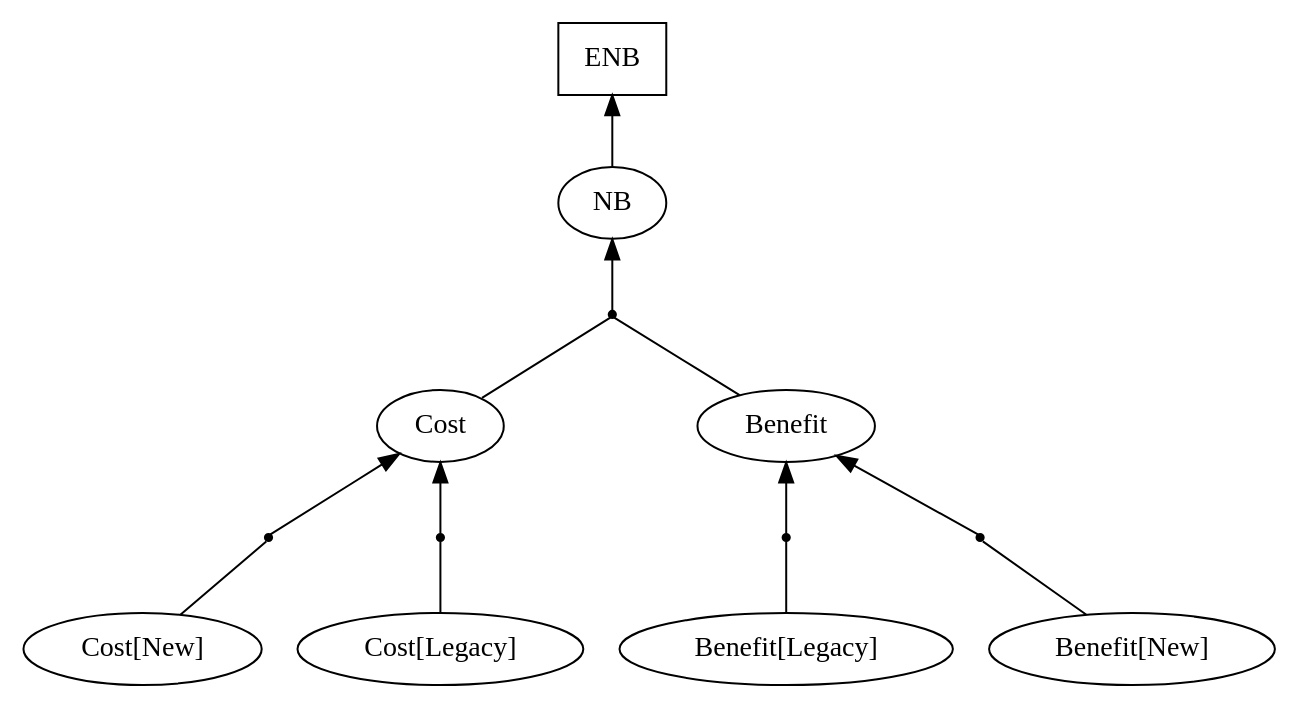
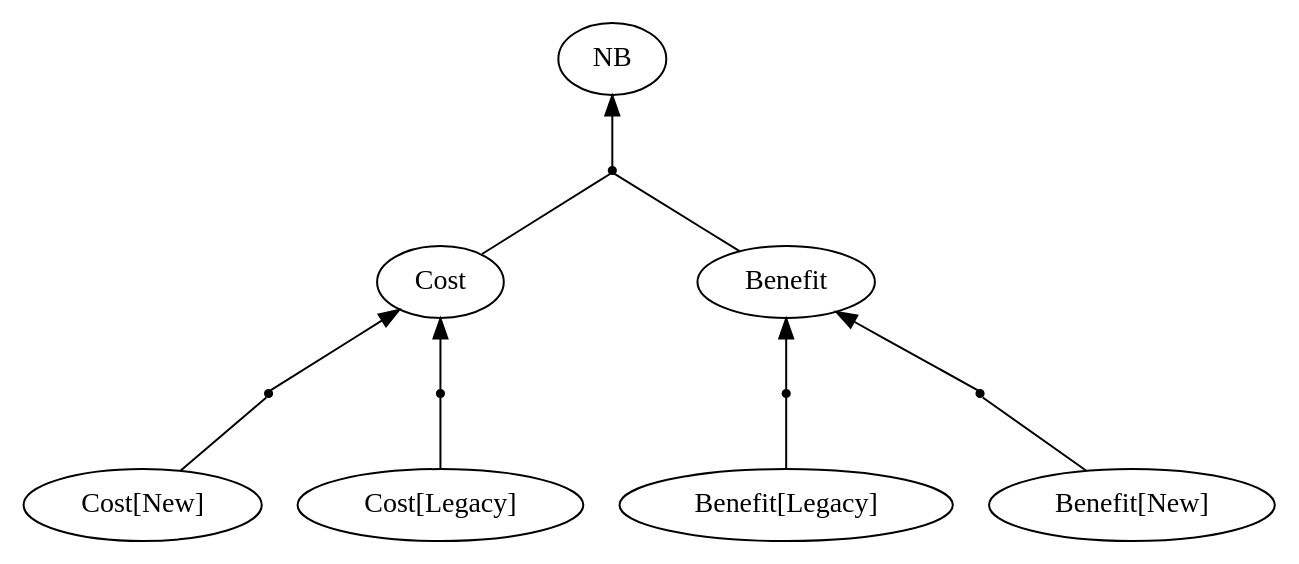
The diagram in uk.ac.ucl.cs.results/CVB/graph/vgraph.dot (sbusari/RADAR2), drawn with Graphviz before and after one commit. The commit also changed 24 other files, not shown here.

```diff
--- a/uk.ac.ucl.cs.results/CVB/graph/vgraph.dot
+++ b/uk.ac.ucl.cs.results/CVB/graph/vgraph.dot
@@ -1,24 +1,22 @@
 digraph G { 
 rankdir = BT 
 AndRef0[shape = point] 
 AndRef0->"Benefit"
 "Benefit[New]"->AndRef0 [dir = none] 
 AndRef1[shape = point] 
 AndRef1->"Benefit"
 "Benefit[Legacy]"->AndRef1 [dir = none] 
 "Benefit" [shape = oval] 
 AndRef2[shape = point] 
 AndRef2->"Cost"
 "Cost[New]"->AndRef2 [dir = none] 
 AndRef3[shape = point] 
 AndRef3->"Cost"
 "Cost[Legacy]"->AndRef3 [dir = none] 
 "Cost" [shape = oval] 
 "NB" [shape = oval] 
 AndRef4[shape = point] 
 AndRef4->"NB"
 "Benefit"->AndRef4 [dir = none] 
 "Cost"->AndRef4 [dir = none] 
-ENB [shape = box] 
-NB->"ENB"
 }
```
